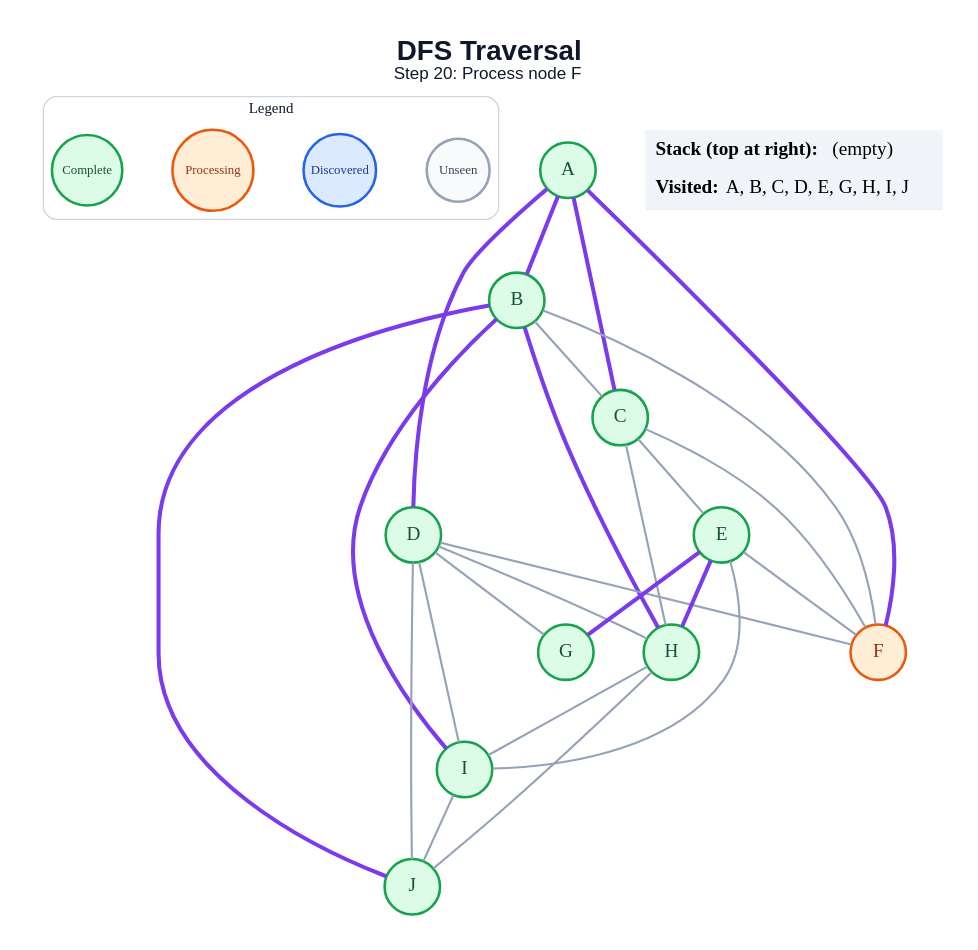
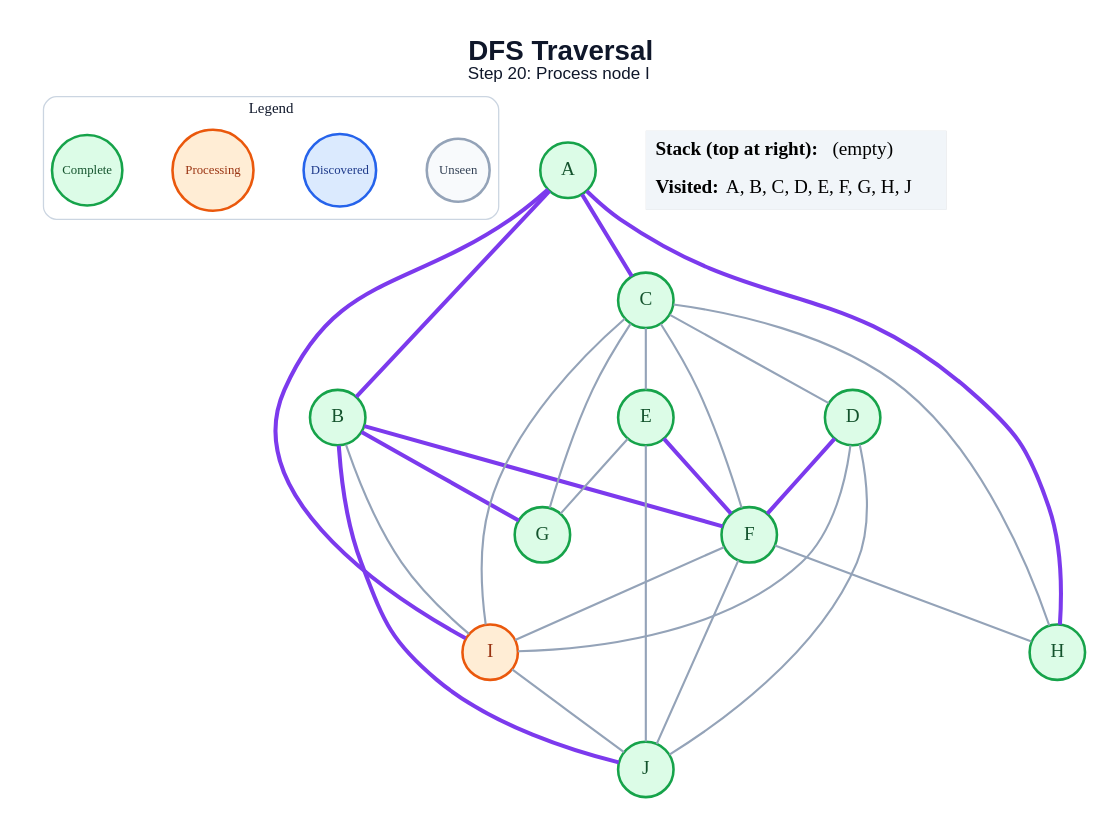
Before and after one commit to amanghodawala9/ai-slop: the diagram in generated/dfs/step_20.dot, drawn with Graphviz. The commit also changed 178 other files, not shown here.

```diff
--- a/generated/dfs/step_20.dot
+++ b/generated/dfs/step_20.dot
@@ -1,53 +1,53 @@
 graph traversal {
   graph [layout=dot, rankdir=TB, bgcolor="#FFFFFF", pad="0.35", nodesep="0.65", ranksep="0.8", fontname="Arial"];
   node [shape=circle, style="filled", fontname="Arial Bold", fontsize=18, width=0.72, fixedsize=true, penwidth=2.4];
   edge [color="#94A3B8", penwidth=2.0];
-  label=<<B>DFS Traversal</B><BR/><FONT POINT-SIZE="16">Step 20: Process node F</FONT>>; labelloc="t"; fontsize=26; fontname="Arial"; fontcolor="#0F172A";
+  label=<<B>DFS Traversal</B><BR/><FONT POINT-SIZE="16">Step 20: Process node I</FONT>>; labelloc="t"; fontsize=26; fontname="Arial"; fontcolor="#0F172A";
   subgraph cluster_legend { label="Legend"; color="#CBD5E1"; penwidth=1.2; style="rounded"; fontsize=14; fontname="Arial Bold";
     key_unseen [label="Unseen", fillcolor="#F8FAFC", color="#94A3B8", fontcolor="#334155", fontsize=12, width=0.82];
     key_frontier [label="Discovered", fillcolor="#DBEAFE", color="#2563EB", fontcolor="#1E3A8A", fontsize=12, width=0.95];
     key_current [label="Processing", fillcolor="#FFEDD5", color="#EA580C", fontcolor="#9A3412", fontsize=12, width=1.05];
     key_done [label="Complete", fillcolor="#DCFCE7", color="#16A34A", fontcolor="#14532D", fontsize=12, width=0.92];
     { rank=same; key_unseen; key_frontier; key_current; key_done; }
   }
   A [fillcolor="#DCFCE7", color="#16A34A", fontcolor="#14532D"];
   B [fillcolor="#DCFCE7", color="#16A34A", fontcolor="#14532D"];
   C [fillcolor="#DCFCE7", color="#16A34A", fontcolor="#14532D"];
   D [fillcolor="#DCFCE7", color="#16A34A", fontcolor="#14532D"];
   E [fillcolor="#DCFCE7", color="#16A34A", fontcolor="#14532D"];
-  F [fillcolor="#FFEDD5", color="#EA580C", fontcolor="#9A3412"];
+  F [fillcolor="#DCFCE7", color="#16A34A", fontcolor="#14532D"];
   G [fillcolor="#DCFCE7", color="#16A34A", fontcolor="#14532D"];
   H [fillcolor="#DCFCE7", color="#16A34A", fontcolor="#14532D"];
-  I [fillcolor="#DCFCE7", color="#16A34A", fontcolor="#14532D"];
+  I [fillcolor="#FFEDD5", color="#EA580C", fontcolor="#9A3412"];
   J [fillcolor="#DCFCE7", color="#16A34A", fontcolor="#14532D"];
   A -- B [color="#7C3AED", penwidth=3.8];
   A -- C [color="#7C3AED", penwidth=3.8];
-  A -- D [color="#7C3AED", penwidth=3.8];
-  A -- F [color="#7C3AED", penwidth=3.8];
-  B -- C;
-  B -- F;
-  B -- H [color="#7C3AED", penwidth=3.8];
-  B -- I [color="#7C3AED", penwidth=3.8];
+  A -- H [color="#7C3AED", penwidth=3.8];
+  A -- I [color="#7C3AED", penwidth=3.8];
+  B -- F [color="#7C3AED", penwidth=3.8];
+  B -- G [color="#7C3AED", penwidth=3.8];
+  B -- I;
   B -- J [color="#7C3AED", penwidth=3.8];
+  C -- D;
   C -- E;
   C -- F;
+  C -- G;
   C -- H;
-  D -- F;
-  D -- G;
-  D -- H;
+  C -- I;
+  D -- F [color="#7C3AED", penwidth=3.8];
   D -- I;
   D -- J;
-  E -- F;
-  E -- G [color="#7C3AED", penwidth=3.8];
-  E -- H [color="#7C3AED", penwidth=3.8];
-  E -- I;
-  H -- I;
-  H -- J;
+  E -- F [color="#7C3AED", penwidth=3.8];
+  E -- G;
+  E -- J;
+  F -- H;
+  F -- I;
+  F -- J;
   I -- J;
   status [shape=plain, fixedsize=false, width=0, height=0, margin=0, label=<
     <TABLE BORDER="0" CELLBORDER="0" CELLPADDING="7" BGCOLOR="#F1F5F9">
       <TR><TD ALIGN="LEFT"><B>Stack (top at right):</B> (empty)</TD></TR>
-      <TR><TD ALIGN="LEFT"><B>Visited:</B> A, B, C, D, E, G, H, I, J</TD></TR>
+      <TR><TD ALIGN="LEFT"><B>Visited:</B> A, B, C, D, E, F, G, H, J</TD></TR>
     </TABLE>
   >];
 }
```
